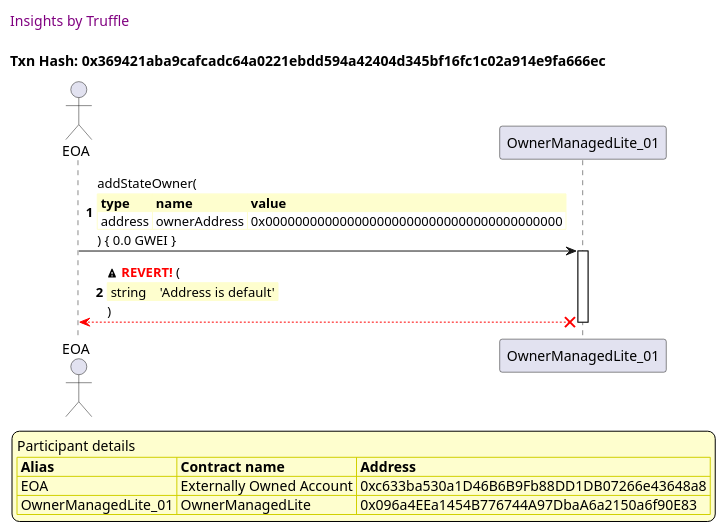
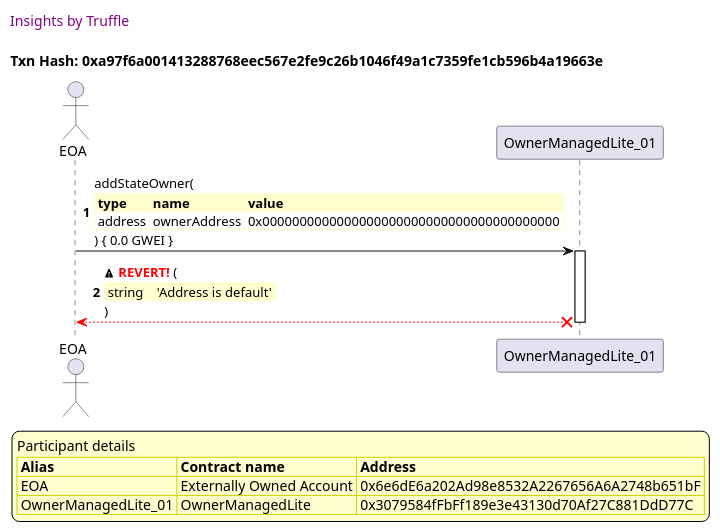
Before and after one commit to thedarkjester/ConsensysAssignment: the third of 26 diagrams in truffle-seq/OwnerManagedLite_test_add_owner.md, drawn with PlantUML. The commit also changed other lines of this file and 13 other files, not shown here.

````diff
--- a/truffle-seq/OwnerManagedLite_test_add_owner.md
+++ b/truffle-seq/OwnerManagedLite_test_add_owner.md
@@ -103,43 +103,43 @@
 ```plantuml
 
 
 @startuml
 
 autonumber
 skinparam legendBackgroundColor #FEFECE
 
 <style>
       header {
         HorizontalAlignment left
         FontColor purple
         FontSize 14
         Padding 10
       }
     </style>
 
 header Insights by Truffle
 
-title Txn Hash: 0x369421aba9cafcadc64a0221ebdd594a42404d345bf16fc1c02a914e9fa666ec
+title Txn Hash: 0xa97f6a001413288768eec567e2fe9c26b1046f49a1c7359fe1cb596b4a19663e
 
 
 actor EOA as "EOA"
 participant OwnerManagedLite_01 as "OwnerManagedLite_01"
 
 "EOA" -> "OwnerManagedLite_01" ++: addStateOwner(\n\
 <#FEFECE,#FEFECE>|= type |= name |= value |\n\
 | address | ownerAddress | 0x0000000000000000000000000000000000000000 |\n\
 ) { 0.0 GWEI }
 "OwnerManagedLite_01" x-[#red]-> "EOA" --: <&warning> <color #red>**REVERT!**</color> (\n\
 <#FEFECE,#FEFECE>| string |  | 'Address is default' |\n\
 )
 deactivate "OwnerManagedLite_01"
 
 legend
 Participant details
 <#FEFECE,#D0D000>|= Alias |= Contract name |= Address |
-<#FEFECE>| EOA | Externally Owned Account | 0xc633ba530a1D46B6B9Fb88DD1DB07266e43648a8 |
-<#FEFECE>| OwnerManagedLite_01 | OwnerManagedLite | 0x096a4EEa1454B776744A97DbaA6a2150a6f90E83 |
+<#FEFECE>| EOA | Externally Owned Account | 0x6e6dE6a202Ad98e8532A2267656A6A2748b651bF |
+<#FEFECE>| OwnerManagedLite_01 | OwnerManagedLite | 0x3079584fFbFf189e3e43130d70Af27C881DdD77C |
 endlegend
 
 @enduml
 ```
````
